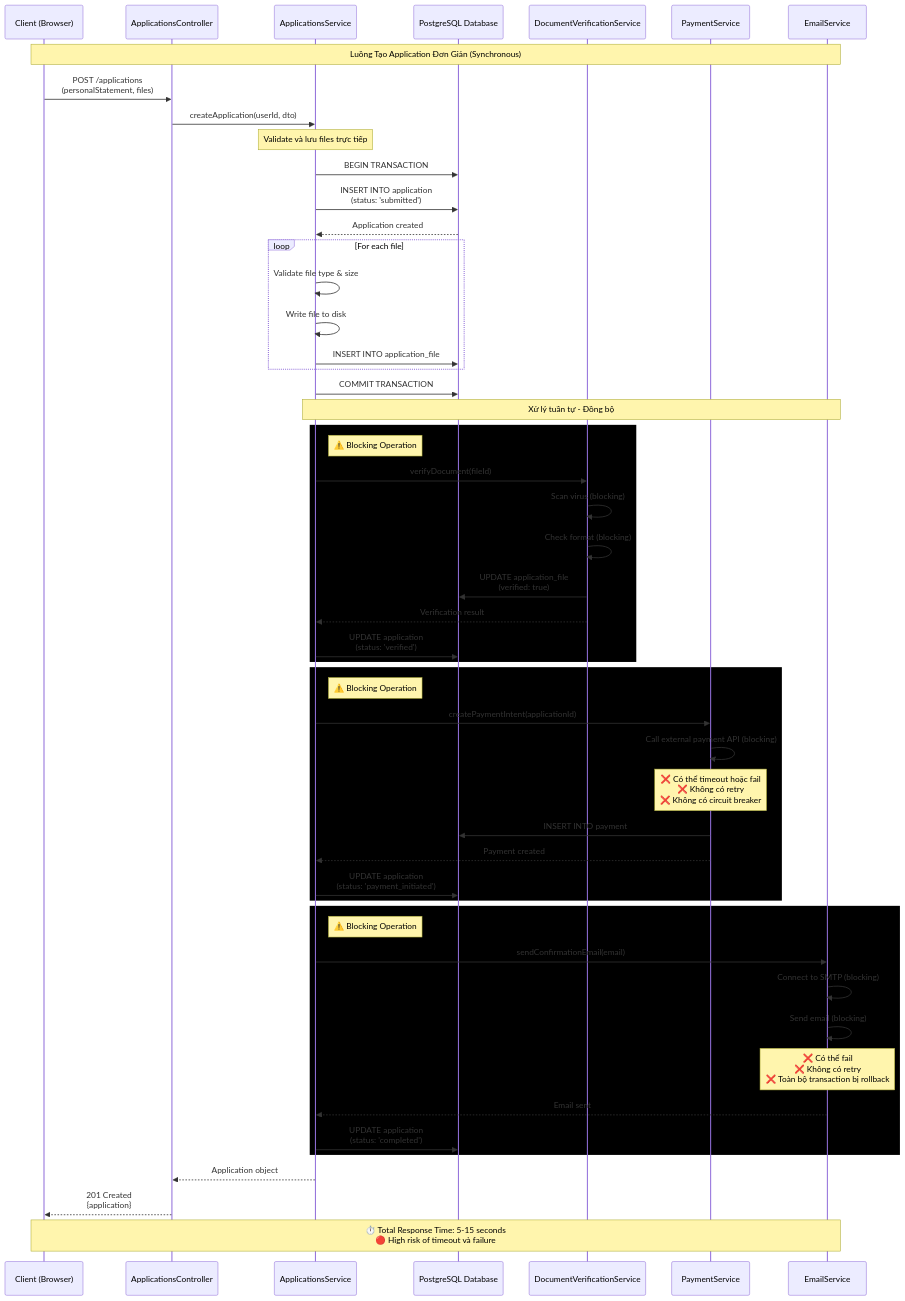
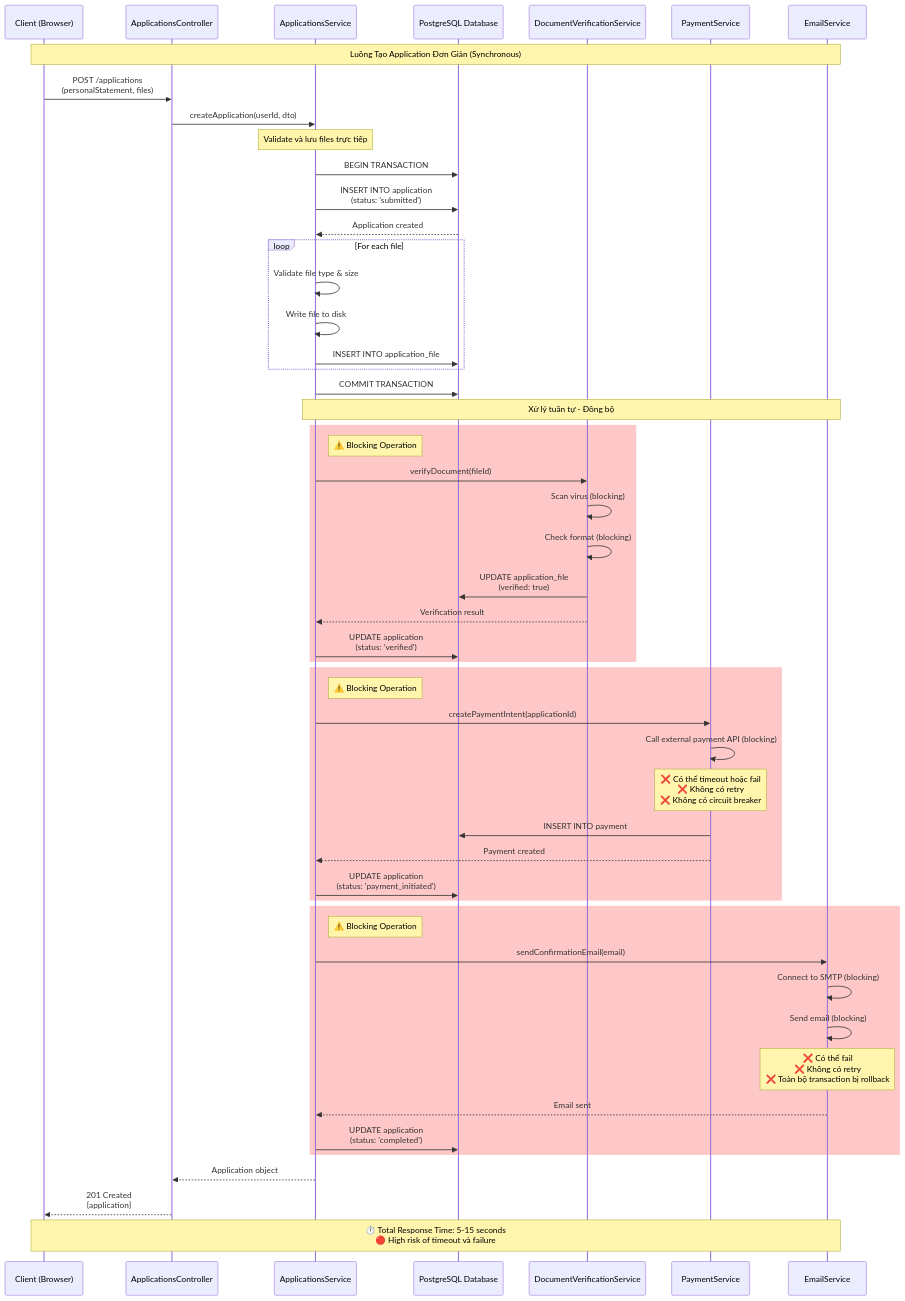
The first of 9 diagrams in backend/docs/SYSTEM_FLOW_BEFORE_PATTERNS.md (huytu0702/university_admission_portal), drawn with Mermaid before and after one commit. The commit also changed 1 other file, not shown here.

Commit message:
fix colors in documents

````diff
--- a/backend/docs/SYSTEM_FLOW_BEFORE_PATTERNS.md
+++ b/backend/docs/SYSTEM_FLOW_BEFORE_PATTERNS.md
@@ -13,66 +13,66 @@
 ```mermaid
 sequenceDiagram
     participant Client as Client (Browser)
     participant Controller as ApplicationsController
     participant Service as ApplicationsService
     participant DB as PostgreSQL Database
     participant DocService as DocumentVerificationService
     participant PayService as PaymentService
     participant EmailService as EmailService
     
     Note over Client,EmailService: Luồng Tạo Application Đơn Giản (Synchronous)
     
     Client->>Controller: POST /applications<br/>(personalStatement, files)
     Controller->>Service: createApplication(userId, dto)
     
     Note over Service: Validate và lưu files trực tiếp
     Service->>DB: BEGIN TRANSACTION
     
     Service->>DB: INSERT INTO application<br/>(status: 'submitted')
     DB-->>Service: Application created
     
     loop For each file
         Service->>Service: Validate file type & size
         Service->>Service: Write file to disk
         Service->>DB: INSERT INTO application_file
     end
     
     Service->>DB: COMMIT TRANSACTION
     
     Note over Service,EmailService: Xử lý tuần tự - Đồng bộ
     
-    rect rgb(0, 0, 0)
+    rect rgb(255, 200, 200)
     Note right of Service: ⚠️ Blocking Operation #1
     Service->>DocService: verifyDocument(fileId)
     DocService->>DocService: Scan virus (blocking)
     DocService->>DocService: Check format (blocking)
     DocService->>DB: UPDATE application_file<br/>(verified: true)
     DocService-->>Service: Verification result
     Service->>DB: UPDATE application<br/>(status: 'verified')
     end
     
-    rect rgb(0, 0, 0)
+    rect rgb(255, 200, 200)
     Note right of Service: ⚠️ Blocking Operation #2
     Service->>PayService: createPaymentIntent(applicationId)
     PayService->>PayService: Call external payment API (blocking)
     Note over PayService: ❌ Có thể timeout hoặc fail<br/>❌ Không có retry<br/>❌ Không có circuit breaker
     PayService->>DB: INSERT INTO payment
     PayService-->>Service: Payment created
     Service->>DB: UPDATE application<br/>(status: 'payment_initiated')
     end
     
-    rect rgb(0, 0, 0)
+    rect rgb(255, 200, 200)
     Note right of Service: ⚠️ Blocking Operation #3
     Service->>EmailService: sendConfirmationEmail(email)
     EmailService->>EmailService: Connect to SMTP (blocking)
     EmailService->>EmailService: Send email (blocking)
     Note over EmailService: ❌ Có thể fail<br/>❌ Không có retry<br/>❌ Toàn bộ transaction bị rollback
     EmailService-->>Service: Email sent
     Service->>DB: UPDATE application<br/>(status: 'completed')
     end
     
     Service-->>Controller: Application object
     Controller-->>Client: 201 Created<br/>{application}
     
     Note over Client,EmailService: ⏱️ Total Response Time: 5-15 seconds<br/>🔴 High risk of timeout và failure
 ```
````
